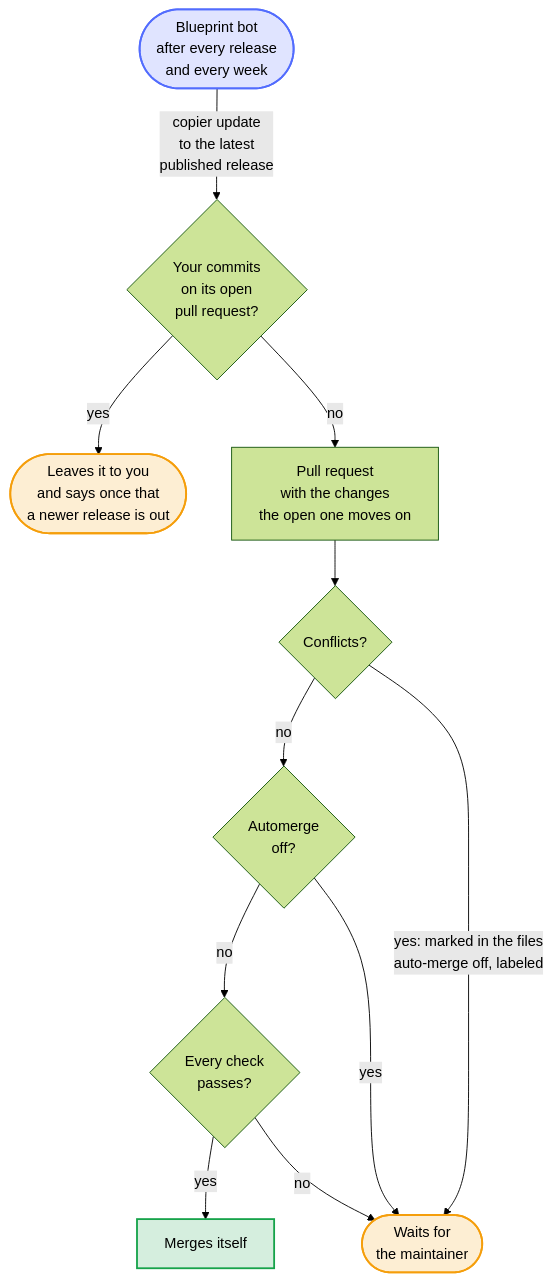
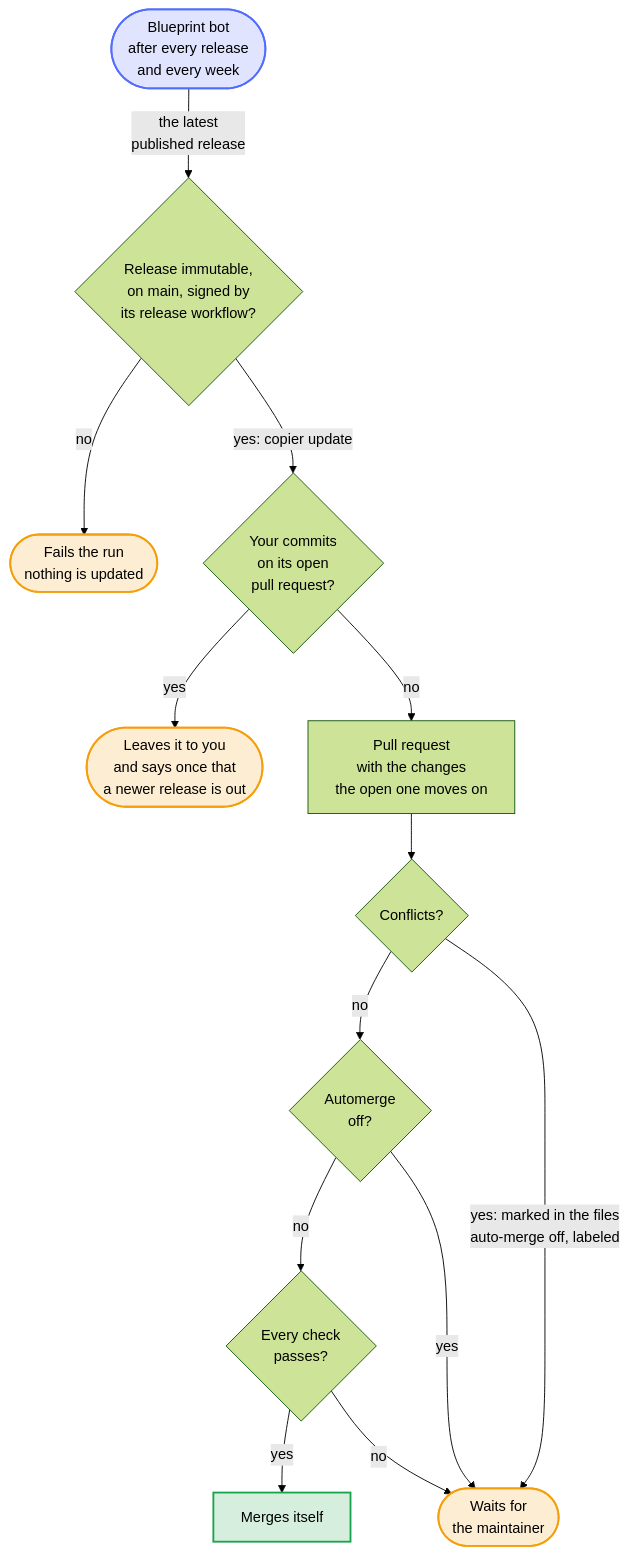
The diagram in docs/diagrams/how-an-update-of-the-blueprint-arrives.mmd (Dennis-Otto/repo-blueprint), drawn with Mermaid (forest theme) before and after one commit. The commit also changed 30 other files, not shown here.

First line of the commit message:
fix(security): verify a blueprint release before updating to it, and let only the release app create release tags (#186)

```diff
--- a/docs/diagrams/how-an-update-of-the-blueprint-arrives.mmd
+++ b/docs/diagrams/how-an-update-of-the-blueprint-arrives.mmd
@@ -1,35 +1,39 @@
 ---
 config:
   flowchart:
     wrappingWidth: 400
 ---
 flowchart TB
     accTitle: How an update of the blueprint arrives
-    accDescr: Right after every release of the blueprint, and every week, the blueprint bot runs copier update to the latest published release. When its pull request is still open and you have committed to its branch, the bot leaves the branch to you and says once that a newer release is out. Otherwise it opens the pull request, or moves the open one on to the new release. With conflicts, which turn auto-merge off, or with BLUEPRINT_AUTOMERGE set to off, it waits for the maintainer; otherwise it merges itself once every check passes.
+    accDescr: Right after every release of the blueprint, and every week, the blueprint bot verifies the latest published release first. A release that is not immutable, whose tag is not on the main branch of the blueprint or that the release workflow of the blueprint didn't sign fails the run, and nothing is updated. Otherwise the bot runs copier update to that release. When its pull request is still open and you have committed to its branch, the bot leaves the branch to you and says once that a newer release is out. Otherwise it opens the pull request, or moves the open one on to the new release. With conflicts, which turn auto-merge off, or with BLUEPRINT_AUTOMERGE set to off, it waits for the maintainer; otherwise it merges itself once every check passes.
 
     bot(["Blueprint bot<br>after every release<br>and every week"])
+    verified{"Release immutable,<br>on main, signed by<br>its release workflow?"}
+    refused(["Fails the run<br>nothing is updated"])
     yours{"Your commits<br>on its open<br>pull request?"}
     note(["Leaves it to you<br>and says once that<br>a newer release is out"])
     pr["Pull request<br>with the changes<br>the open one moves on"]
     conflicts{"Conflicts?"}
     off{"Automerge<br>off?"}
     checks{"Every check<br>passes?"}
     merged["Merges itself"]
     wait(["Waits for<br>the maintainer"])
 
-    bot -- "copier update<br>to the latest<br>published release" --> yours
+    bot -- "the latest<br>published release" --> verified
+    verified -- "no" --> refused
+    verified -- "yes: copier update" --> yours
     yours -- "yes" --> note
     yours -- "no" --> pr --> conflicts
     conflicts -- "no" --> off
     off -- "no" --> checks
     checks -- "yes" --> merged
     conflicts -- "yes: marked in the files<br>auto-merge off, labeled" --> wait
     off -- "yes" --> wait
     checks -- "no" --> wait
 
     classDef bot fill:#526cfe2e,stroke:#526cfe,stroke-width:2px
     classDef person fill:#f59e0b2e,stroke:#f59e0b,stroke-width:2px
     classDef done fill:#16a34a2e,stroke:#16a34a,stroke-width:2px
     class bot bot
-    class wait,note person
+    class wait,note,refused person
     class merged done
```
